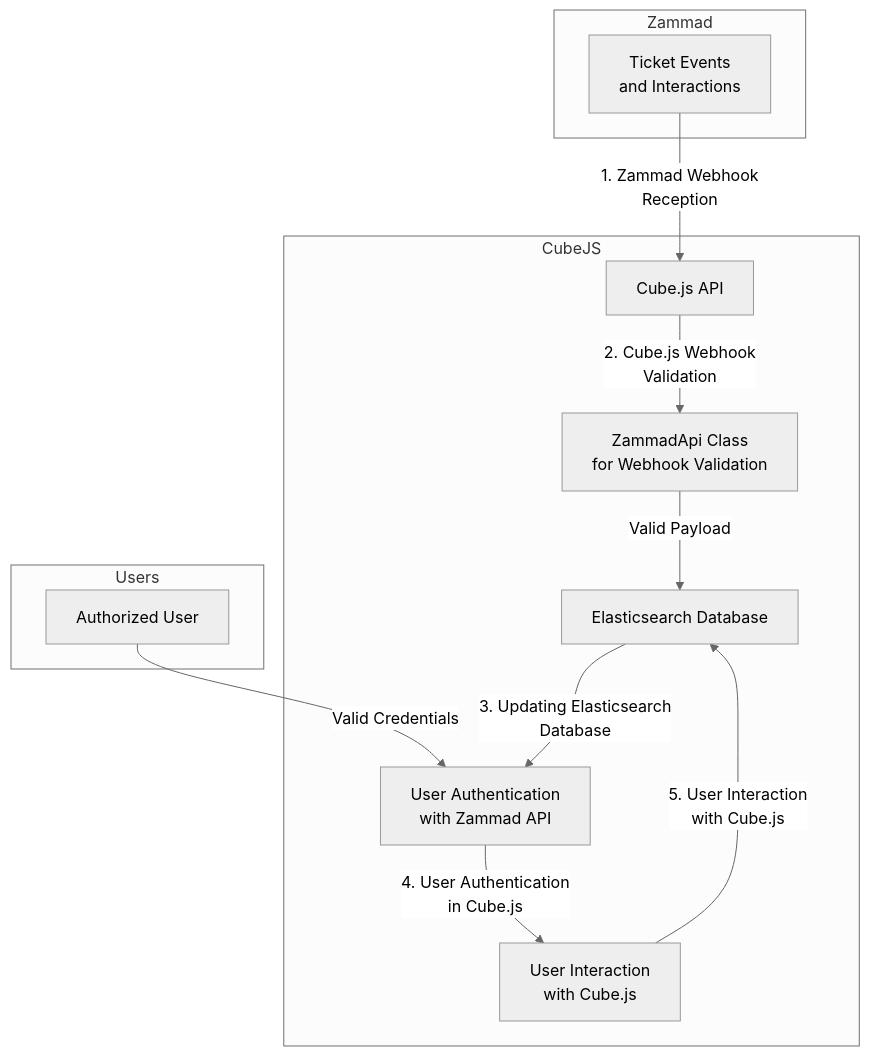
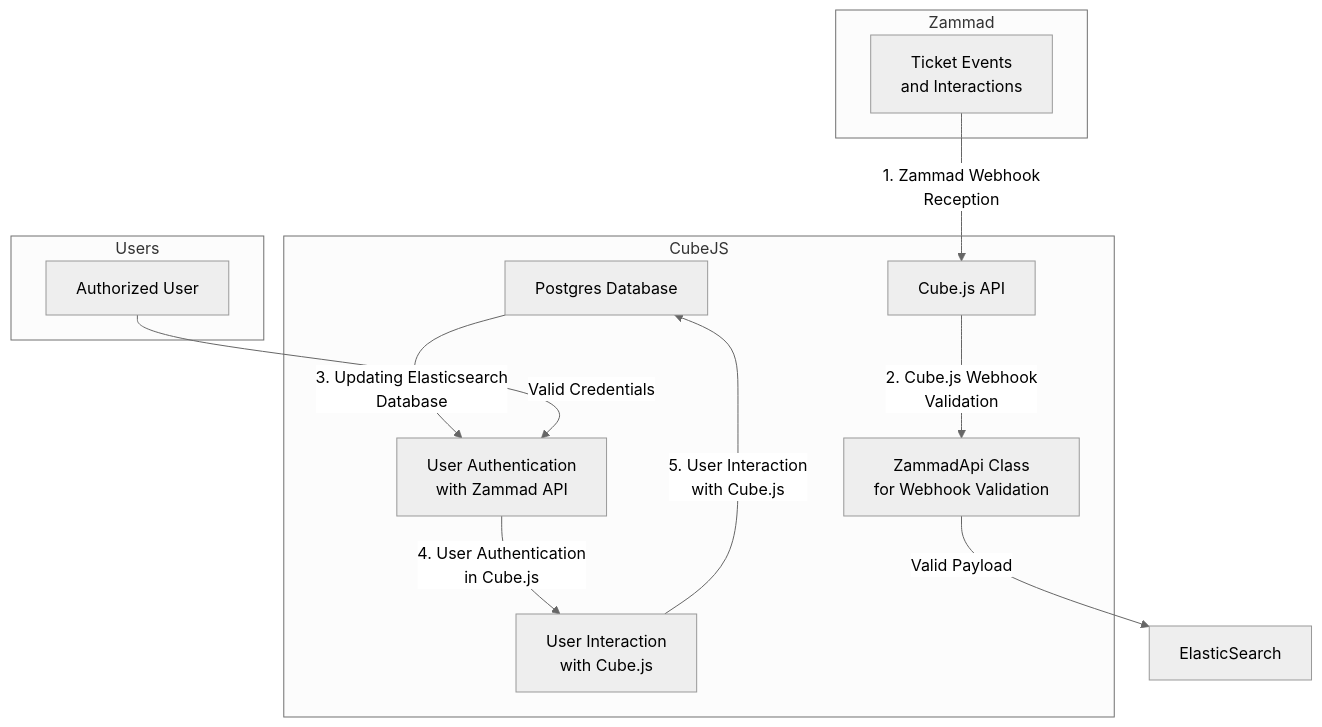
One commit to LuigiClemente/cube_zammad changed the diagram in README.md. Above: the diagram before and after it, drawn with Mermaid (neutral theme). The commit also changed other lines of this file, not shown here.

````diff
--- a/README.md
+++ b/README.md
@@ -1,27 +1,27 @@
 ```mermaid
 flowchart TD
     subgraph Zammad
         ZammadEvents[Ticket Events<br>and Interactions]
     end
 
     subgraph CubeJS
         CubeJSAPI[Cube.js API]
         ZammadApi[ZammadApi Class<br>for Webhook Validation]
-        ElasticSearch[Elasticsearch Database]
+        Postgres[Postgres Database]
         UserAuth[User Authentication<br>with Zammad API]
         UserInteraction[User Interaction<br>with Cube.js]
     end
 
     subgraph Users
         AuthorizedUser[Authorized User]
     end
 
     ZammadEvents -->|1. Zammad Webhook<br>Reception| CubeJSAPI
     CubeJSAPI -->|2. Cube.js Webhook<br>Validation| ZammadApi
     ZammadApi -->|Valid Payload| ElasticSearch
-    ElasticSearch -->|3. Updating Elasticsearch<br>Database| UserAuth
+    Postgres -->|3. Updating Elasticsearch<br>Database| UserAuth
     UserAuth -->|4. User Authentication<br>in Cube.js| UserInteraction
-    UserInteraction -->|5. User Interaction<br>with Cube.js| ElasticSearch
+    UserInteraction -->|5. User Interaction<br>with Cube.js| Postgres
 
     AuthorizedUser -->|Valid Credentials| UserAuth
 ```
````
